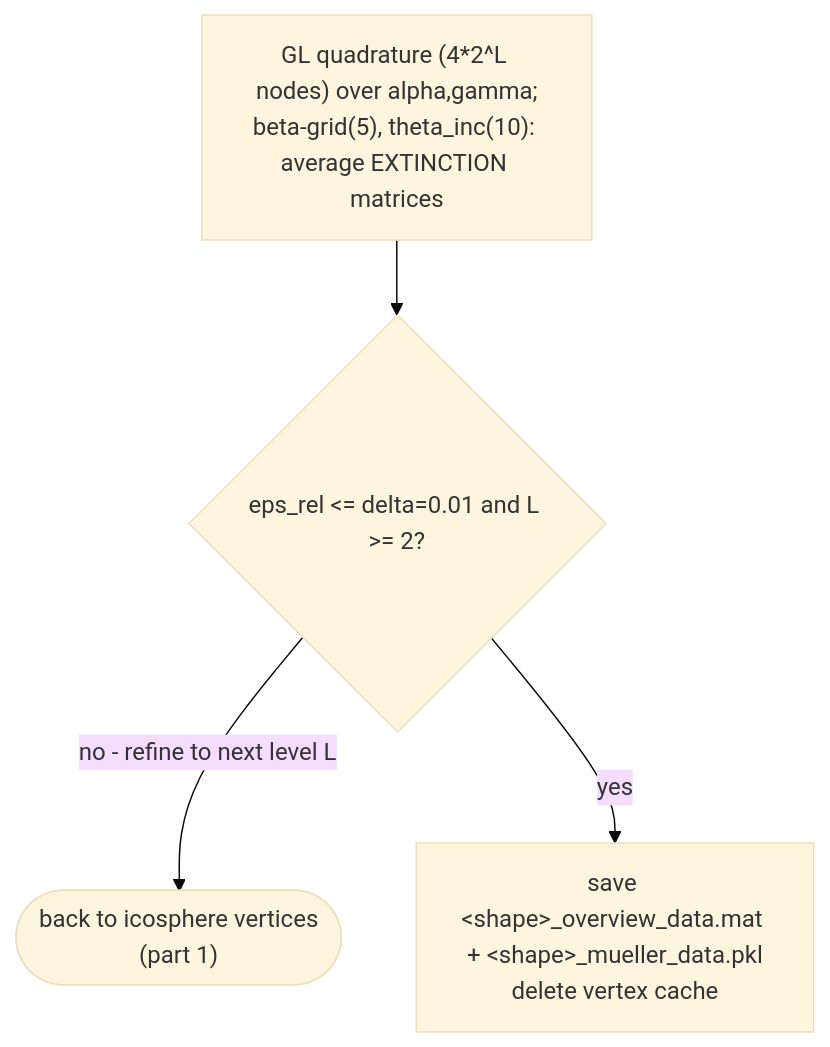
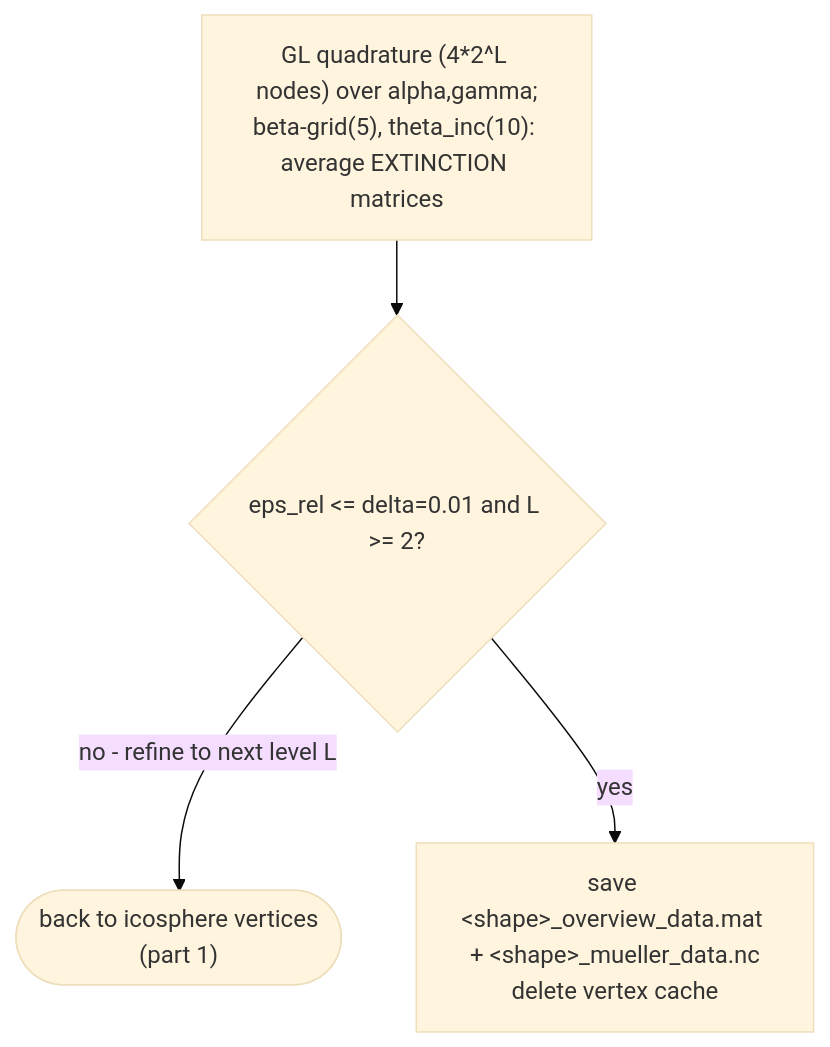
Before and after one commit to m-brath/DDA: the ninth of 11 diagrams in docs/DDA-manual.md, drawn with Mermaid (base theme). The commit also changed other lines of this file and 10 other files, not shown here.

````diff
--- a/docs/DDA-manual.md
+++ b/docs/DDA-manual.md
@@ -763,7 +763,7 @@
 ```mermaid
 flowchart TD
     AV["GL quadrature (4*2^L nodes) over alpha,gamma;<br/>beta-grid(5), theta_inc(10): average EXTINCTION matrices"]
     AV --> CONV{"eps_rel &lt;= delta=0.01 and L &gt;= 2?"}
     CONV -->|"no - refine to next level L"| G2(["back to icosphere vertices<br/>(part 1)"])
-    CONV -->|yes| OUT["save &lt;shape&gt;_overview_data.mat + &lt;shape&gt;_mueller_data.pkl<br/>delete vertex cache"]
+    CONV -->|yes| OUT["save &lt;shape&gt;_overview_data.mat + &lt;shape&gt;_mueller_data.nc<br/>delete vertex cache"]
 ```
````
